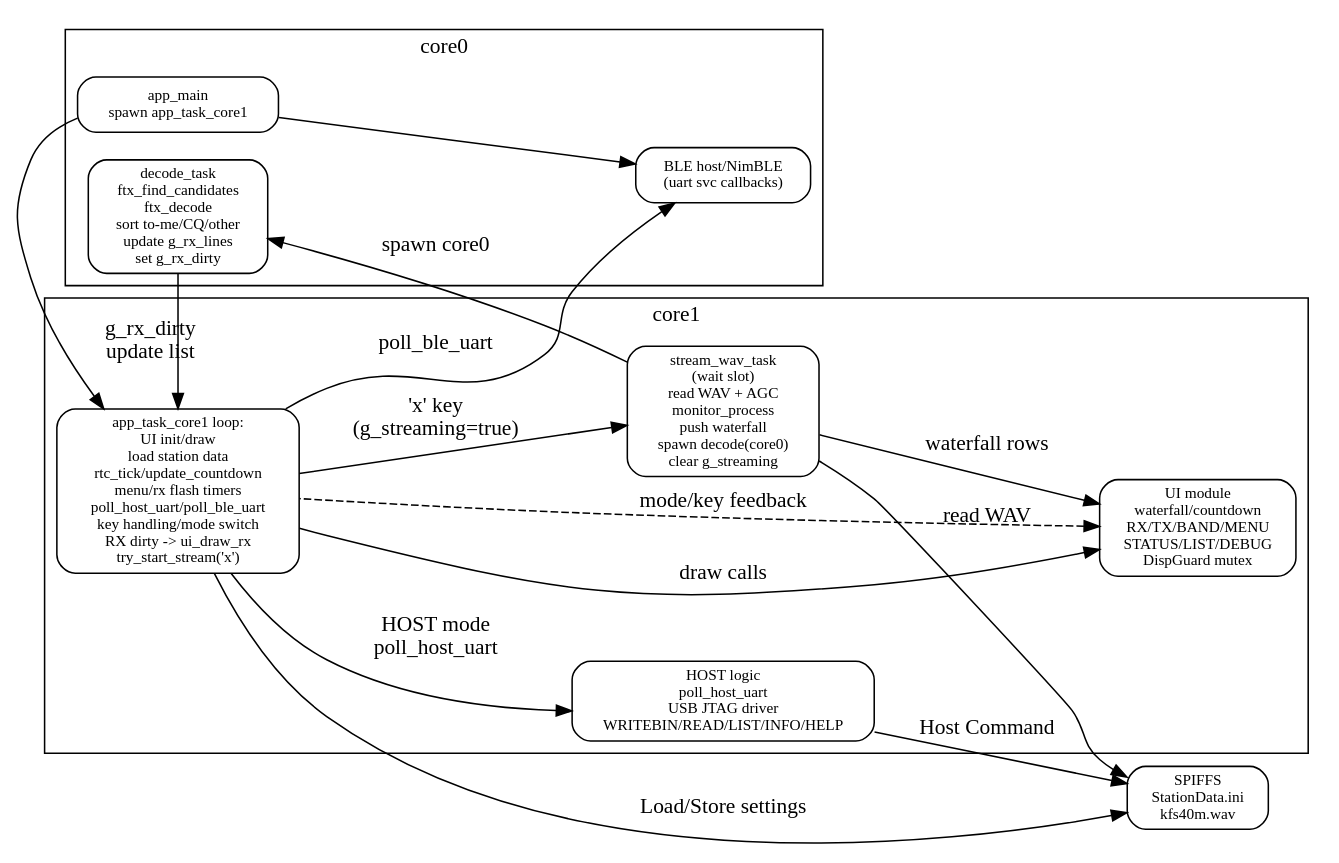
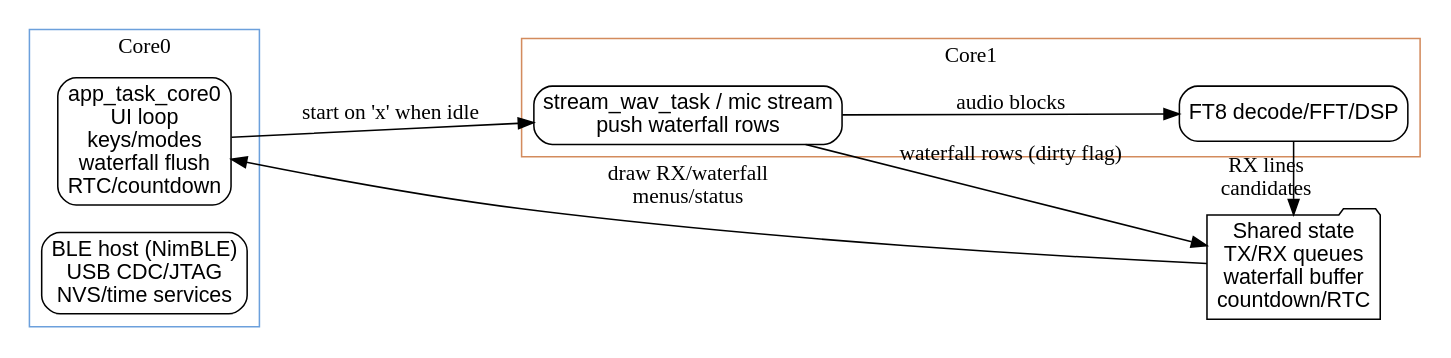
One commit to wcheng95/Mini-FT8 changed the diagram in flow.dot. Above: the diagram before and after it, drawn with Graphviz. The commit also changed 1238 other files, not shown here.

```diff
--- a/flow.dot
+++ b/flow.dot
@@ -1,40 +1,22 @@
-digraph mini_ft8 {
+digraph G {
   rankdir=LR;
-  node [shape=box, style=rounded, fontsize=10];
-
+  node [shape=box, style=rounded, fontname="Arial"];
   subgraph cluster_core0 {
-    label="core0";
-    app_main [label="app_main\nspawn app_task_core1"];
-    bt_host [label="BLE host/NimBLE\n(uart svc callbacks)"];
-    decode [label="decode_task\nftx_find_candidates\nftx_decode\nsort to-me/CQ/other\nupdate g_rx_lines\nset g_rx_dirty"];
+    label="Core0";
+    color="#6ca0dc";
+    ui [label="app_task_core0\nUI loop\nkeys/modes\nwaterfall flush\nRTC/countdown"];
+    sys [label="BLE host (NimBLE)\nUSB CDC/JTAG\nNVS/time services"];
   }
-
   subgraph cluster_core1 {
-    label="core1";
-    task_main [label="app_task_core1 loop:\nUI init/draw\nload station data\nrtc_tick/update_countdown\nmenu/rx flash timers\npoll_host_uart/poll_ble_uart\nkey handling/mode switch\nRX dirty -> ui_draw_rx\ntry_start_stream('x')"];
-    stream_wav [label="stream_wav_task\n(wait slot)\nread WAV + AGC\nmonitor_process\npush waterfall\nspawn decode(core0)\nclear g_streaming"];
-    ui [label="UI module\nwaterfall/countdown\nRX/TX/BAND/MENU\nSTATUS/LIST/DEBUG\nDispGuard mutex"];
-    host_user [label="HOST logic\npoll_host_uart\nUSB JTAG driver\nWRITEBIN/READ/LIST/INFO/HELP"];
+    label="Core1";
+    color="#d38b5d";
+    stream [label="stream_wav_task / mic stream\npush waterfall rows"];
+    decode [label="FT8 decode/FFT/DSP"];
   }
-
-  storage [label="SPIFFS\nStationData.ini\nkfs40m.wav"];
-
-  app_main -> task_main;
-  app_main -> bt_host;
-
-  task_main -> stream_wav [label="'x' key\n(g_streaming=true)"];
-  stream_wav -> decode [label="spawn core0"];
-  decode -> task_main [label="g_rx_dirty\nupdate list"];
-
-  task_main -> ui [label="draw calls"];
-  stream_wav -> ui [label="waterfall rows"];
-
-  task_main -> host_user [label="HOST mode\npoll_host_uart"];
-  host_user -> storage [label="Host Command"];
-  task_main -> bt_host [label="poll_ble_uart"];
-
-  task_main -> storage [label="Load/Store settings"];
-  stream_wav -> storage [label="read WAV"];
-
-  ui -> task_main [label="mode/key feedback", style=dashed, dir=back];
+  shared [shape=folder, label="Shared state\nTX/RX queues\nwaterfall buffer\ncountdown/RTC"];
+  ui -> stream [label="start on 'x' when idle"];
+  stream -> decode [label="audio blocks"];
+  stream -> shared [label="waterfall rows (dirty flag)"];
+  decode -> shared [label="RX lines\ncandidates"];
+  shared -> ui [label="draw RX/waterfall\nmenus/status"];
 }
```
